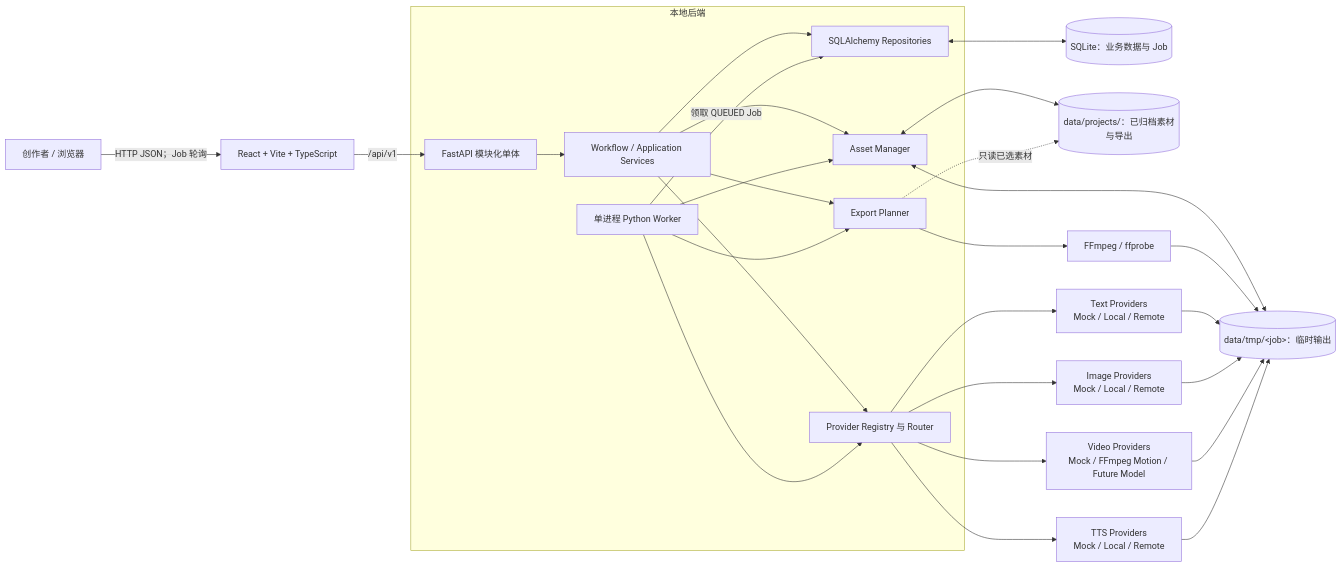
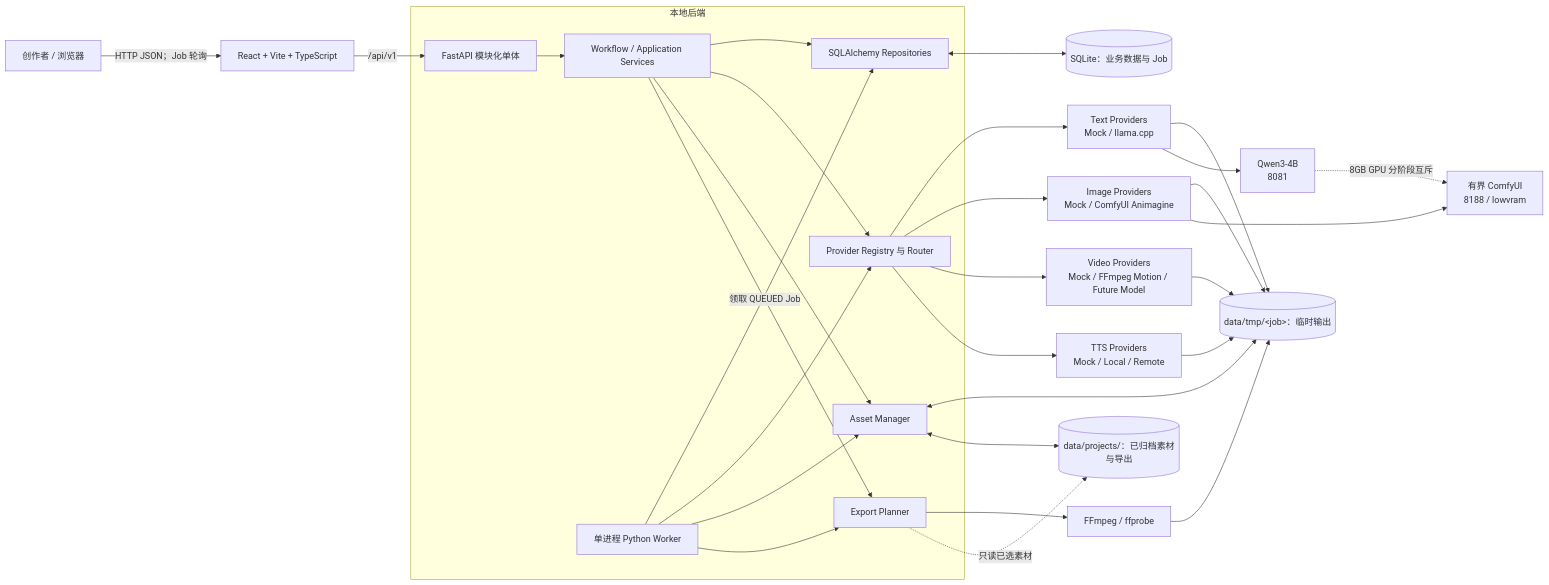
The first of 3 diagrams in docs/architecture.md (mowang-mw/paper-crane-studio), drawn with Mermaid before and after one commit. The commit also changed other lines of this file and 28 other files, not shown here.

````diff
--- a/docs/architecture.md
+++ b/docs/architecture.md
@@ -26,34 +26,38 @@
 ```mermaid
 flowchart LR
     U[创作者 / 浏览器] -->|HTTP JSON；Job 轮询| FE[React + Vite + TypeScript]
     FE -->|/api/v1| API[FastAPI 模块化单体]
 
     subgraph Backend[本地后端]
         API --> APP[Workflow / Application Services]
         APP --> REPO[SQLAlchemy Repositories]
         APP --> PR[Provider Registry 与 Router]
         APP --> AM[Asset Manager]
         APP --> EX[Export Planner]
         WK[单进程 Python Worker] -->|领取 QUEUED Job| REPO
         WK --> PR
         WK --> AM
         WK --> EX
     end
 
     REPO <--> DB[(SQLite：业务数据与 Job)]
     AM <--> TMP[(data/tmp/&lt;job&gt;：临时输出)]
     AM <--> FS[(data/projects/：已归档素材与导出)]
     EX --> FF[FFmpeg / ffprobe]
     FF --> TMP
     EX -.只读已选素材.-> FS
 
-    PR --> MT[Text Providers\nMock / Local / Remote]
-    PR --> MI[Image Providers\nMock / Local / Remote]
+    PR --> MT[Text Providers\nMock / llama.cpp]
+    PR --> MI[Image Providers\nMock / ComfyUI Animagine]
     PR --> MV[Video Providers\nMock / FFmpeg Motion / Future Model]
     PR --> MA[TTS Providers\nMock / Local / Remote]
 
     MT --> TMP
     MI --> TMP
     MV --> TMP
     MA --> TMP
+
+    MT --> QW[Qwen3-4B\n8081]
+    MI --> CU[有界 ComfyUI\n8188 / lowvram]
+    QW -.8GB GPU 分阶段互斥.-> CU
 ```
````
